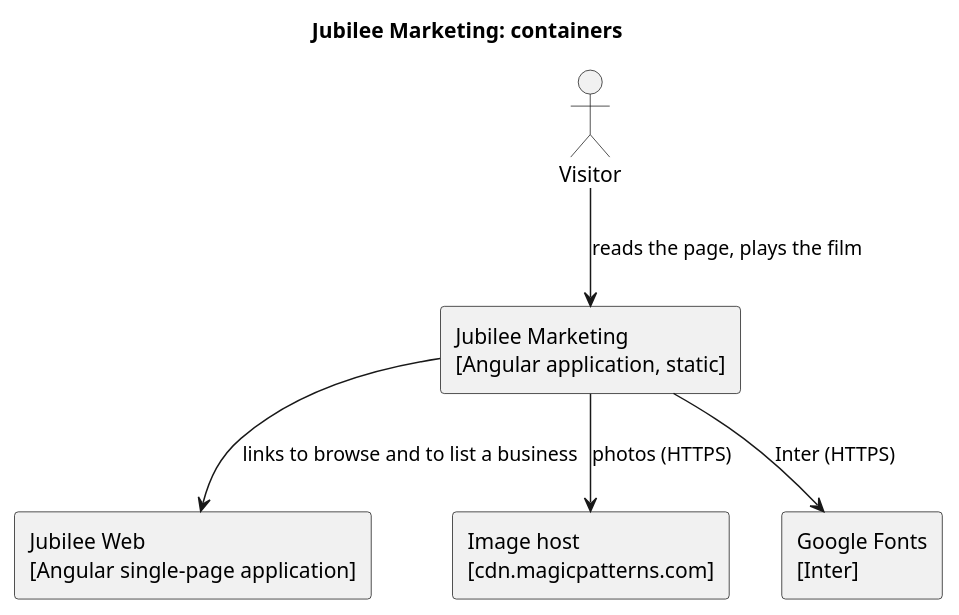
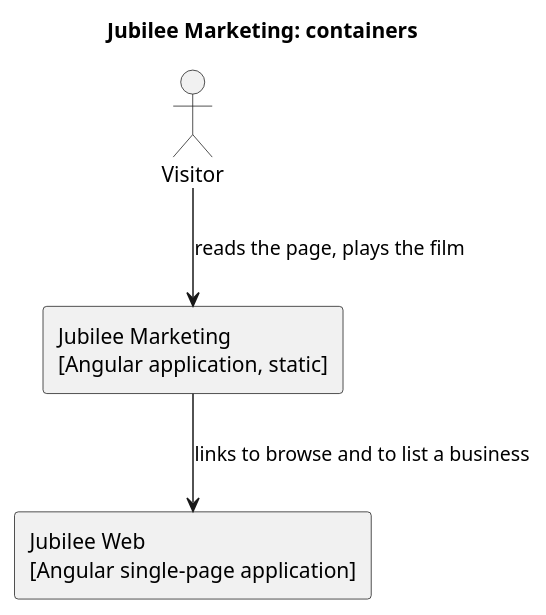
Before and after one commit to QuinntyneBrown/jubilee: the diagram in docs/detailed-designs/marketing/show-marketing-site/diagrams/c4-container.puml, drawn with PlantUML. The commit also changed 37 other files, not shown here.

First line of the commit message:
Bring the photos and Inter into the repository for the marketing site and the film

```diff
--- a/docs/detailed-designs/marketing/show-marketing-site/diagrams/c4-container.puml
+++ b/docs/detailed-designs/marketing/show-marketing-site/diagrams/c4-container.puml
@@ -1,12 +1,8 @@
 @startuml c4-container
 title Jubilee Marketing: containers
 actor Visitor
 rectangle "Jubilee Marketing\n[Angular application, static]" as mkt
 rectangle "Jubilee Web\n[Angular single-page application]" as web
-rectangle "Image host\n[cdn.magicpatterns.com]" as img
-rectangle "Google Fonts\n[Inter]" as fonts
 Visitor --> mkt : reads the page, plays the film
 mkt --> web : links to browse and to list a business
-mkt --> img : photos (HTTPS)
-mkt --> fonts : Inter (HTTPS)
 @enduml
```
